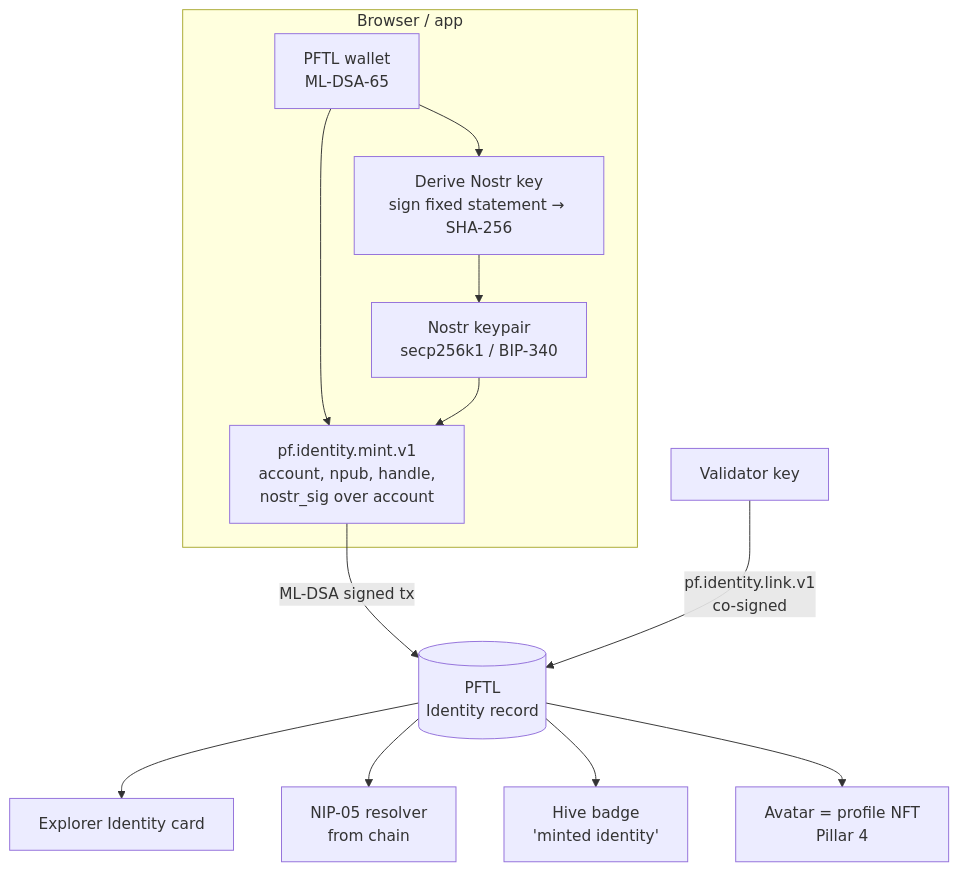
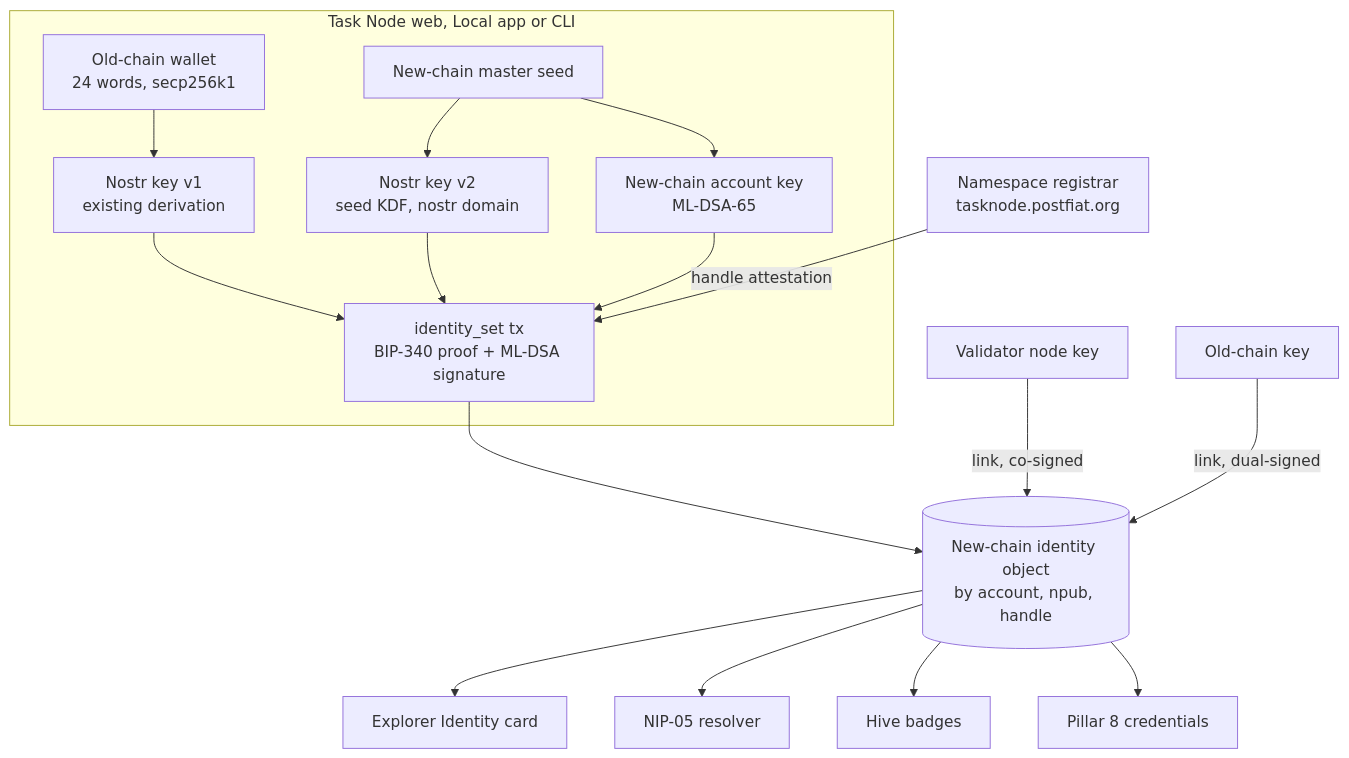
The diagram in big_milestone/pillars/06-hive-identity.md (postfiatorg/postfiatl1v2), drawn with Mermaid before and after one commit. The commit also changed other lines of this file and 44 other files, not shown here.

````diff
--- a/big_milestone/pillars/06-hive-identity.md
+++ b/big_milestone/pillars/06-hive-identity.md
@@ -41,15 +51,19 @@
 ```mermaid
 flowchart TB
-    subgraph Browser / app
-      W[PFTL wallet<br/>ML-DSA-65] --> D[Derive Nostr key<br/>sign fixed statement → SHA-256]
-      D --> N[Nostr keypair<br/>secp256k1 / BIP-340]
-      W --> M[pf.identity.mint.v1<br/>account, npub, handle,<br/>nostr_sig over account]
-      N --> M
+    subgraph C ["Task Node web, Local app or CLI"]
+      OLD["Old-chain wallet<br/>24 words, secp256k1"] --> V1["Nostr key v1<br/>existing derivation"]
+      SEED["New-chain master seed"] --> ACC["New-chain account key<br/>ML-DSA-65"]
+      SEED --> V2["Nostr key v2<br/>seed KDF, nostr domain"]
+      V1 --> TX["identity_set tx<br/>BIP-340 proof + ML-DSA signature"]
+      V2 --> TX
+      ACC --> TX
     end
-    M -- ML-DSA signed tx --> L[(PFTL<br/>Identity record)]
-    V[Validator key] -- pf.identity.link.v1<br/>co-signed --> L
-    L --> E[Explorer Identity card]
-    L --> NIP[NIP-05 resolver<br/>from chain]
-    L --> HV[Hive badge<br/>'minted identity']
-    L --> NFT[Avatar = profile NFT<br/>Pillar 4]
+    REG["Namespace registrar<br/>tasknode.postfiat.org"] -- "handle attestation" --> TX
+    TX --> L[("New-chain identity object<br/>by account, npub, handle")]
+    VAL["Validator node key"] -- "link, co-signed" --> L
+    OC["Old-chain key"] -- "link, dual-signed" --> L
+    L --> E["Explorer Identity card"]
+    L --> NIP["NIP-05 resolver"]
+    L --> HV["Hive badges"]
+    L --> P8["Pillar 8 credentials"]
 ```
````
